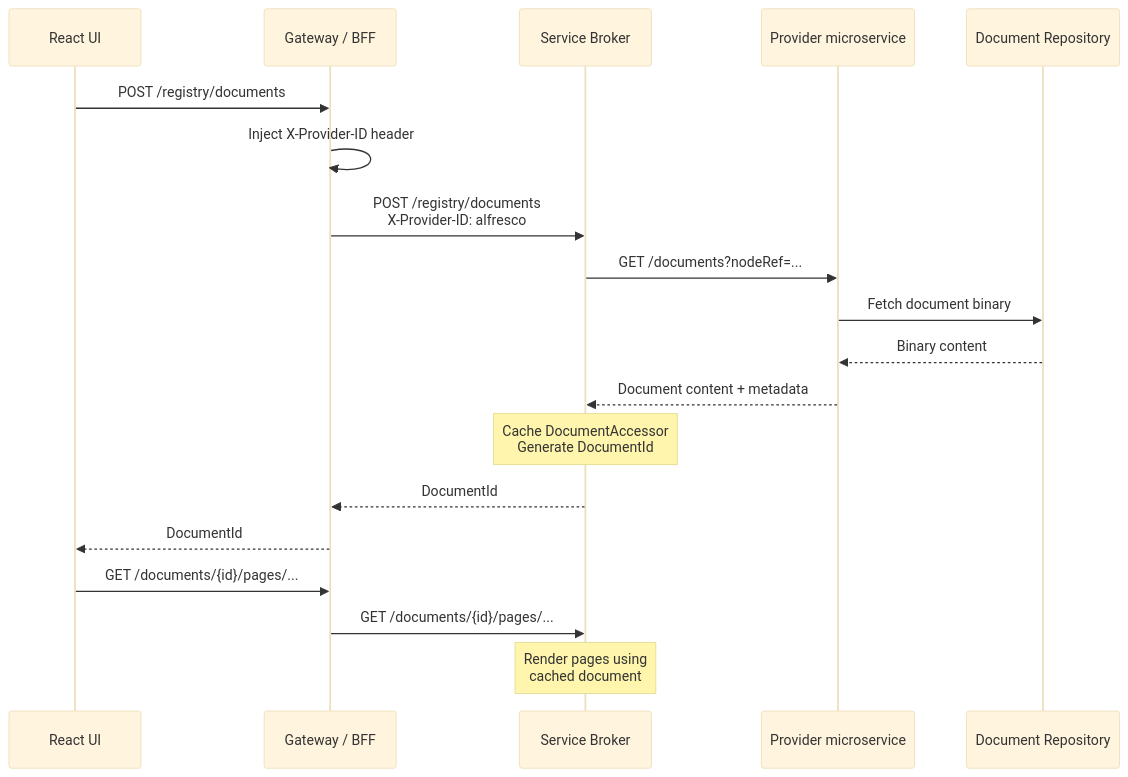
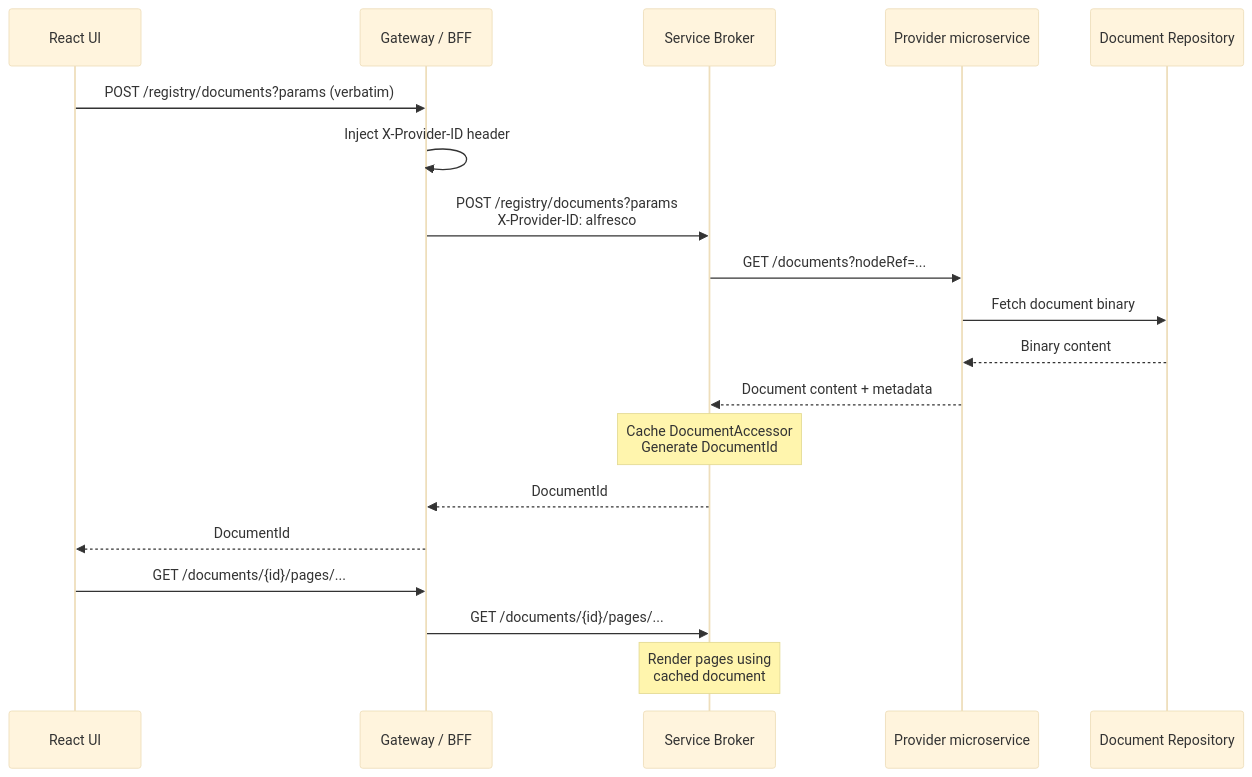
The first of 2 diagrams in docs/arender/guides/integration/providers.md (Uxopian/uxodocs), drawn with Mermaid (base theme) before and after one commit. The commit also changed other lines of this file and 10 other files, not shown here.

````diff
--- a/docs/arender/guides/integration/providers.md
+++ b/docs/arender/guides/integration/providers.md
@@ -29,22 +29,22 @@
 ```mermaid
 sequenceDiagram
     participant React as React UI
     participant GW as Gateway / BFF
     participant Broker as Service Broker
     participant Provider as Provider microservice
     participant Repo as Document Repository
 
-    React->>GW: POST /registry/documents
+    React->>GW: POST /registry/documents?params (verbatim)
     GW->>GW: Inject X-Provider-ID header
-    GW->>Broker: POST /registry/documents<br/>X-Provider-ID: alfresco
+    GW->>Broker: POST /registry/documents?params<br/>X-Provider-ID: alfresco
     Broker->>Provider: GET /documents?nodeRef=...
     Provider->>Repo: Fetch document binary
     Repo-->>Provider: Binary content
     Provider-->>Broker: Document content + metadata
     Note over Broker: Cache DocumentAccessor<br/>Generate DocumentId
     Broker-->>GW: DocumentId
     GW-->>React: DocumentId
     React->>GW: GET /documents/{id}/pages/...
     GW->>Broker: GET /documents/{id}/pages/...
     Note over Broker: Render pages using<br/>cached document
 ```
````
